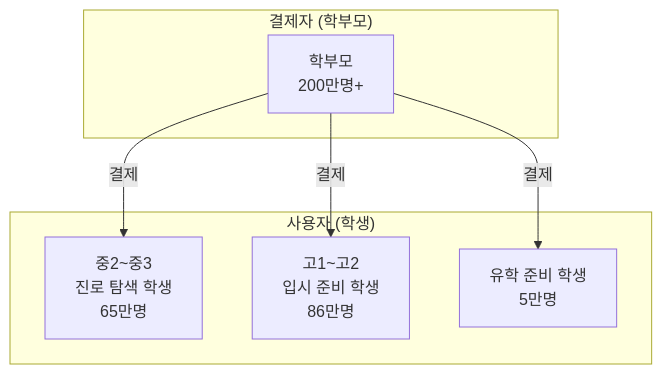
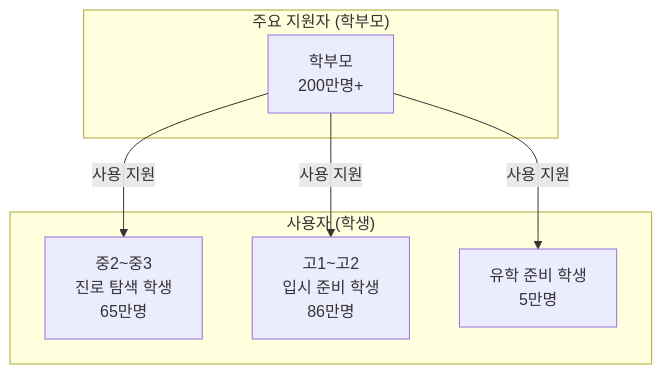
Before and after one commit to Collegenie-X/AI-career-path: the third of 4 diagrams in COMPETITOR_ANALYSIS.md, drawn with Mermaid. The commit also changed other lines of this file and 8 other files, not shown here.

````diff
--- a/COMPETITOR_ANALYSIS.md
+++ b/COMPETITOR_ANALYSIS.md
@@ -367,16 +366,16 @@
 ```mermaid
 graph TD
     subgraph "사용자 (학생)"
         P1["중2~중3<br/>진로 탐색 학생<br/>65만명"]
         P2["고1~고2<br/>입시 준비 학생<br/>86만명"]
         P3["유학 준비 학생<br/>5만명"]
     end
 
-    subgraph "결제자 (학부모)"
+    subgraph "주요 지원자 (학부모)"
         P4["학부모<br/>200만명+"]
     end
 
-    P4 -->|결제| P1
-    P4 -->|결제| P2
-    P4 -->|결제| P3
+    P4 -->|사용 지원| P1
+    P4 -->|사용 지원| P2
+    P4 -->|사용 지원| P3
 ```
````
